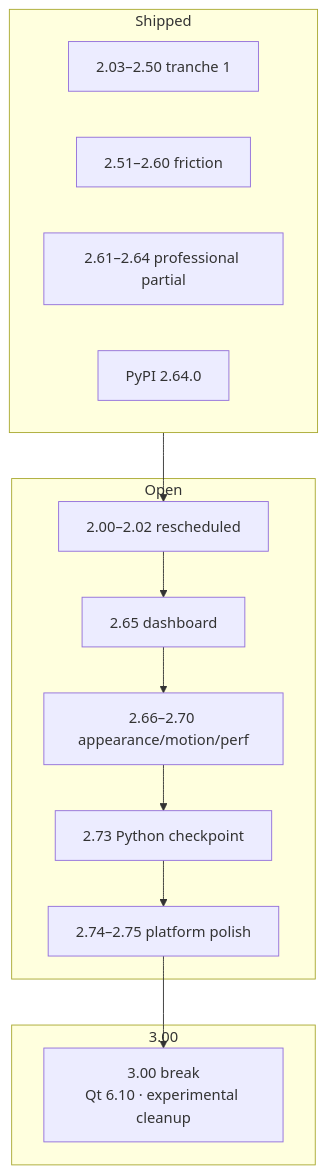
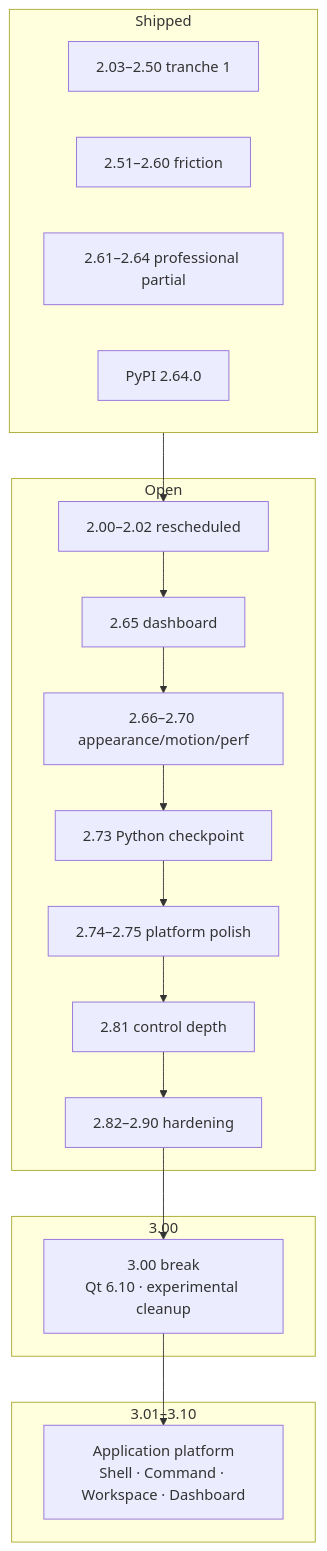
The diagram in ROADMAP.md (wuyijing-dev/QWinui3), drawn with Mermaid before and after one commit. The commit also changed other lines of this file and 38 other files, not shown here.

First line of the commit message:
Ship 3.07–3.10 application platform tranche.

````diff
--- a/ROADMAP.md
+++ b/ROADMAP.md
@@ -351,21 +459,26 @@
 ```mermaid
 flowchart TB
   subgraph done["Shipped"]
     T1["2.03–2.50 tranche 1"]
     T2["2.51–2.60 friction"]
     T3p["2.61–2.64 professional partial"]
     PY0["PyPI 2.64.0"]
   end
   subgraph open["Open"]
     R["2.00–2.02 rescheduled"]
     P65["2.65 dashboard"]
     P66["2.66–2.70 appearance/motion/perf"]
     PY["2.73 Python checkpoint"]
     PL["2.74–2.75 platform polish"]
+    T81["2.81 control depth"]
+    P90["2.82–2.90 hardening"]
   end
   subgraph t5["3.00"]
     M3["3.00 break\nQt 6.10 · experimental cleanup"]
   end
+  subgraph t9["3.01–3.10"]
+    AP["Application platform\nShell · Command · Workspace · Dashboard"]
+  end
   done --> R
-  R --> P65 --> P66 --> PY --> PL --> M3
+  R --> P65 --> P66 --> PY --> PL --> T81 --> P90 --> M3 --> AP
 ```
````
